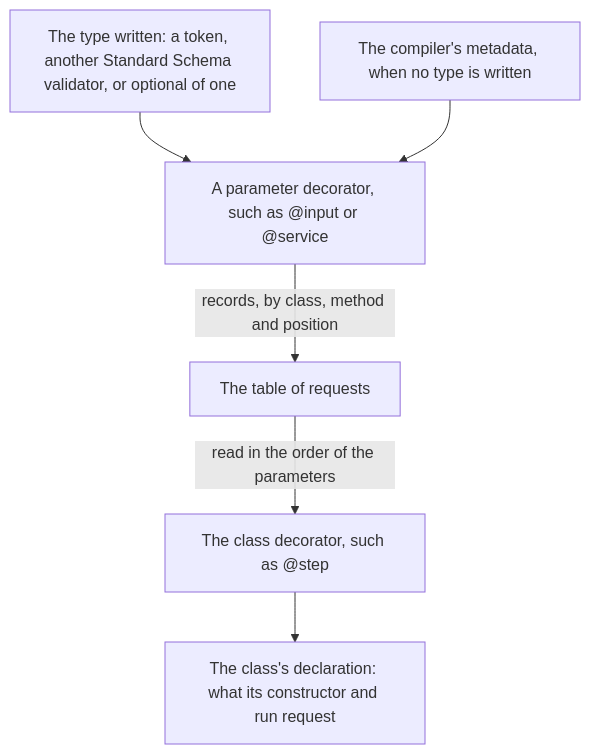
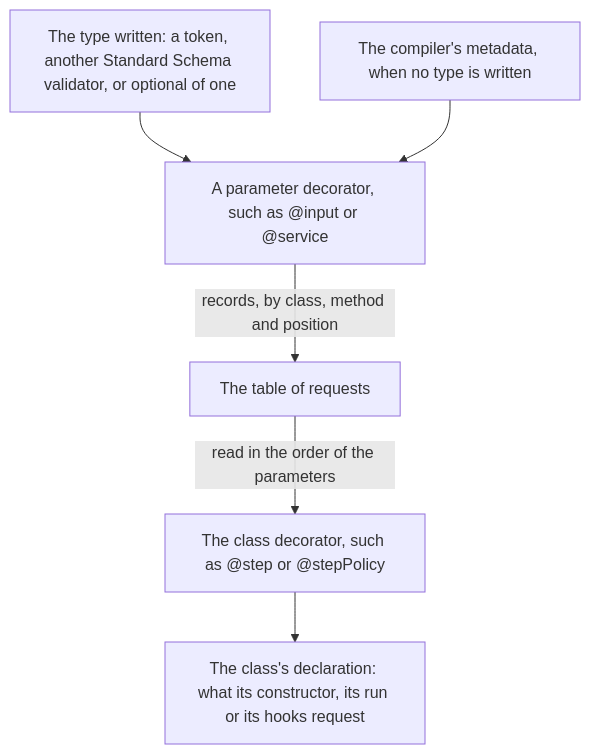
The third of 7 diagrams in docs/architecture.md (itinera-dev/itinera-ts), drawn with Mermaid before and after one commit. The commit also changed other lines of this file and 52 other files, not shown here.

````diff
--- a/docs/architecture.md
+++ b/docs/architecture.md
@@ -89,10 +89,10 @@
 ```mermaid
 flowchart TD
     accTitle: How a parameter's request is recorded and gathered
-    accDescr: A parameter decorator records its request in a private table, by class, method and position, taking its type from the request or from the compiler's metadata. A class decorator then reads the table for its constructor and methods, in the order of their parameters, and refuses a parameter that carries no request. What it gathers is the class's declaration.
+    accDescr: A parameter decorator records its request in a private table, by class, method and position, taking its type from the request or from the compiler's metadata. A class decorator, such as @step or @stepPolicy, then reads the table for its constructor and methods, in the order of their parameters, and refuses a parameter that carries no request. What it gathers is the class's declaration: what its constructor, its run or its hooks request.
     parameter["A parameter decorator, such as @input or @service"] -->|"records, by class, method and position"| table["The table of requests"]
     type["The type written: a token, another Standard Schema validator, or optional of one"] --> parameter
     metadata["The compiler's metadata, when no type is written"] --> parameter
-    table -->|"read in the order of the parameters"| decorator["The class decorator, such as @step"]
-    decorator --> declared["The class's declaration: what its constructor and run request"]
+    table -->|"read in the order of the parameters"| decorator["The class decorator, such as @step or @stepPolicy"]
+    decorator --> declared["The class's declaration: what its constructor, its run or its hooks request"]
 ```
````
